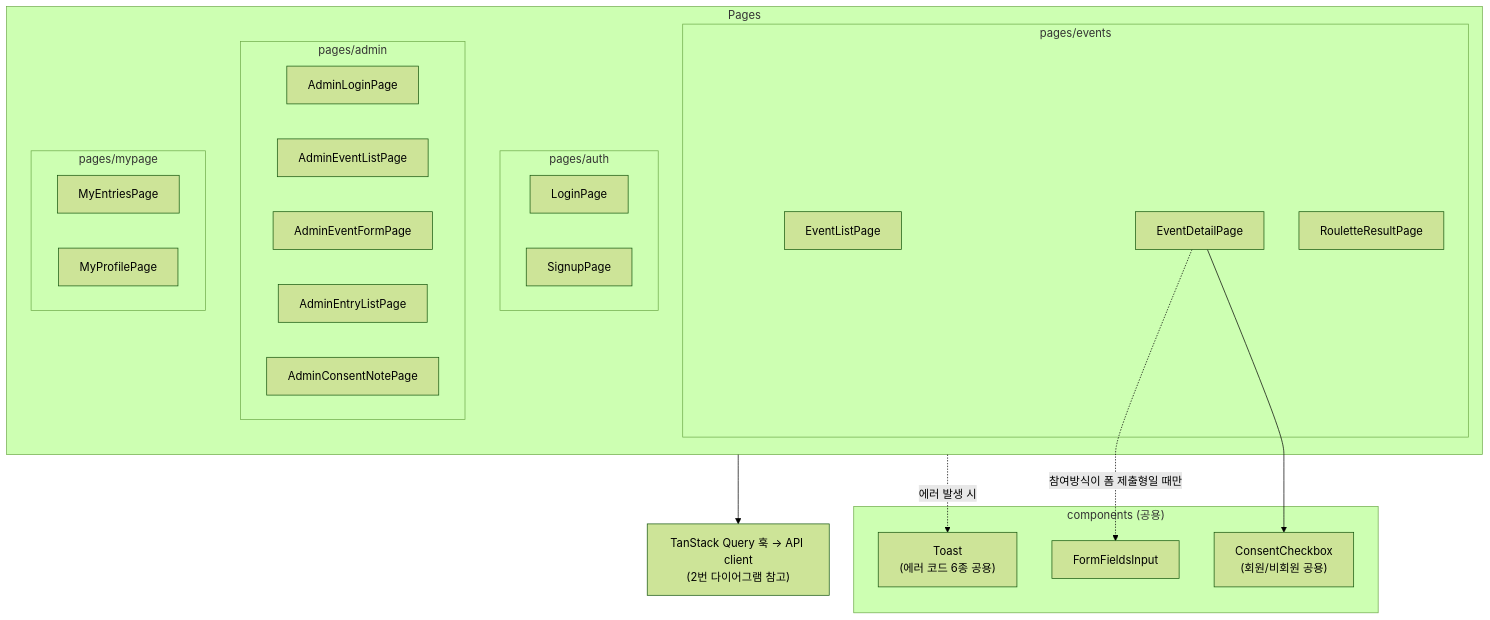
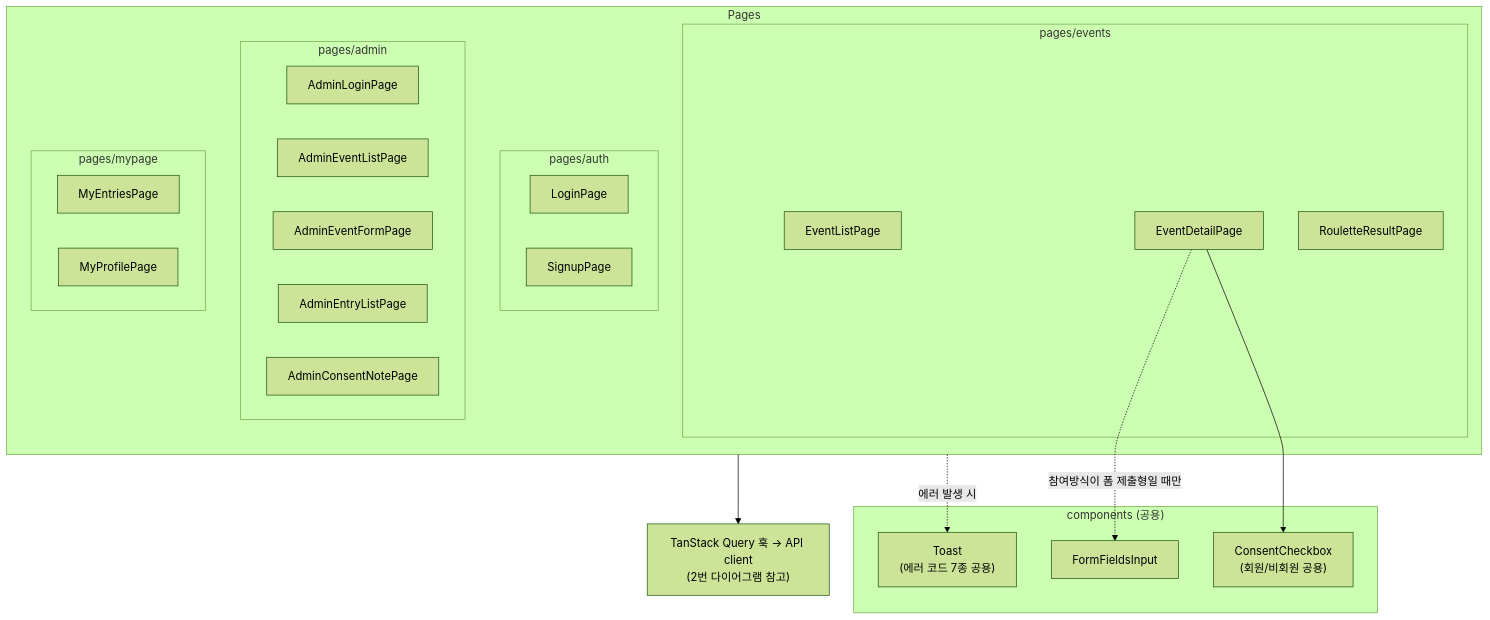
One commit to H-Lee-plan/b2b-promo changed the third of 4 diagrams in docs/6-arch-diagram.md. Above: the diagram before and after it, drawn with Mermaid (forest theme). The commit also changed other lines of this file and 109 other files, not shown here.

````diff
--- a/docs/6-arch-diagram.md
+++ b/docs/6-arch-diagram.md
@@ -71,38 +72,38 @@
 ```mermaid
 flowchart TD
     subgraph pages["Pages"]
         subgraph pEvents["pages/events"]
             EventListPage
             EventDetailPage
             RouletteResultPage
         end
         subgraph pAuth["pages/auth"]
             LoginPage
             SignupPage
         end
         subgraph pAdmin["pages/admin"]
             AdminLoginPage
             AdminEventListPage
             AdminEventFormPage
             AdminEntryListPage
             AdminConsentNotePage
         end
         subgraph pMypage["pages/mypage"]
             MyEntriesPage
             MyProfilePage
         end
     end
 
     subgraph components["components (공용)"]
-        Toast["Toast<br/>(에러 코드 6종 공용)"]
+        Toast["Toast<br/>(에러 코드 7종 공용)"]
         ConsentCheckbox["ConsentCheckbox<br/>(회원/비회원 공용)"]
         FormFieldsInput
     end
 
     query["TanStack Query 훅 → API client<br/>(2번 다이어그램 참고)"]
 
     EventDetailPage --> ConsentCheckbox
     EventDetailPage -. "참여방식이 폼 제출형일 때만" .-> FormFieldsInput
     pages -. "에러 발생 시" .-> Toast
     pages --> query
 ```
````
